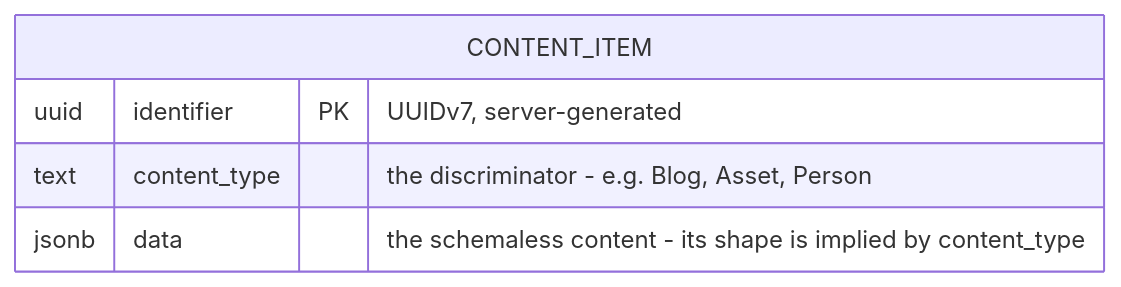
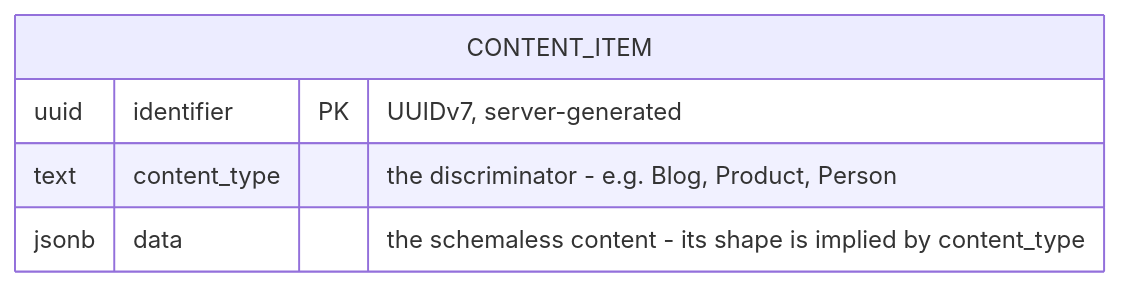
The first of 4 diagrams in docs/proposals/data-model-evolution.md (PaulDMooney/Contented_Java), drawn with Mermaid before and after one commit. The commit also changed other lines of this file and 3 other files, not shown here.

````diff
--- a/docs/proposals/data-model-evolution.md
+++ b/docs/proposals/data-model-evolution.md
@@ -27,8 +27,8 @@
 ```mermaid
 erDiagram
     CONTENT_ITEM {
         uuid identifier PK "UUIDv7, server-generated"
-        text content_type "the discriminator - e.g. Blog, Asset, Person"
+        text content_type "the discriminator - e.g. Blog, Product, Person"
         jsonb data "the schemaless content - its shape is implied by content_type"
     }
 ```
````
